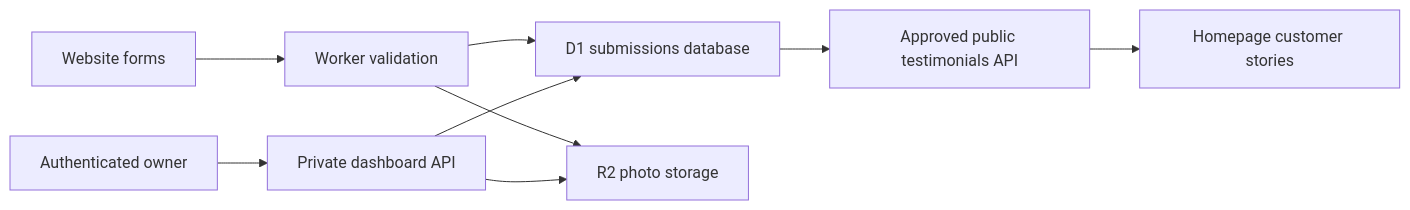
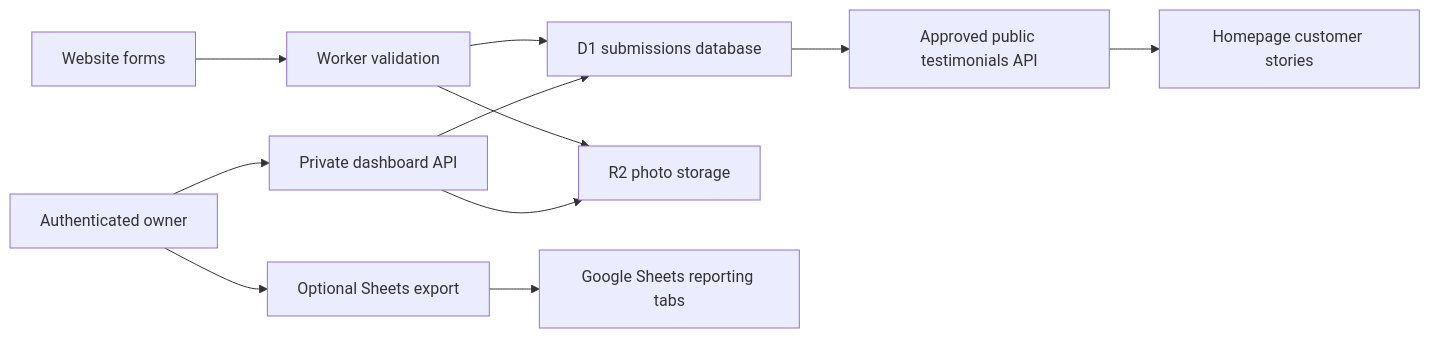
Before and after one commit to mendelhecht03/binyomin_kay_sukkas: the diagram in docs/owner-dashboard.md, drawn with Mermaid. The commit also changed other lines of this file and 23 other files, not shown here.

Commit message:
Add direct Google Sheets submission exports

````diff
--- a/docs/owner-dashboard.md
+++ b/docs/owner-dashboard.md
@@ -11,12 +12,14 @@
 ```mermaid
 flowchart LR
     forms["Website forms"] --> worker["Worker validation"]
     worker --> d1["D1 submissions database"]
     worker --> r2["R2 photo storage"]
 
     owner["Authenticated owner"] --> api["Private dashboard API"]
     api --> d1
     api --> r2
     d1 --> approved["Approved public testimonials API"]
     approved --> homepage["Homepage customer stories"]
+    owner --> export["Optional Sheets export"]
+    export --> sheets["Google Sheets reporting tabs"]
 ```
````
